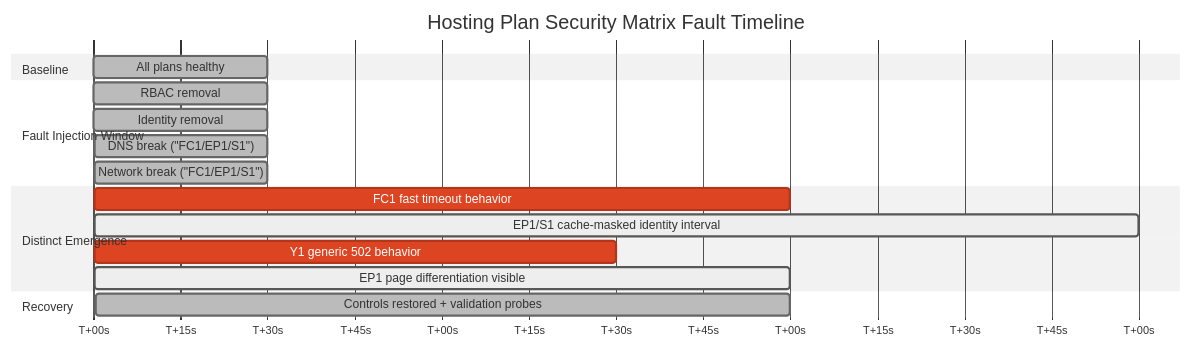
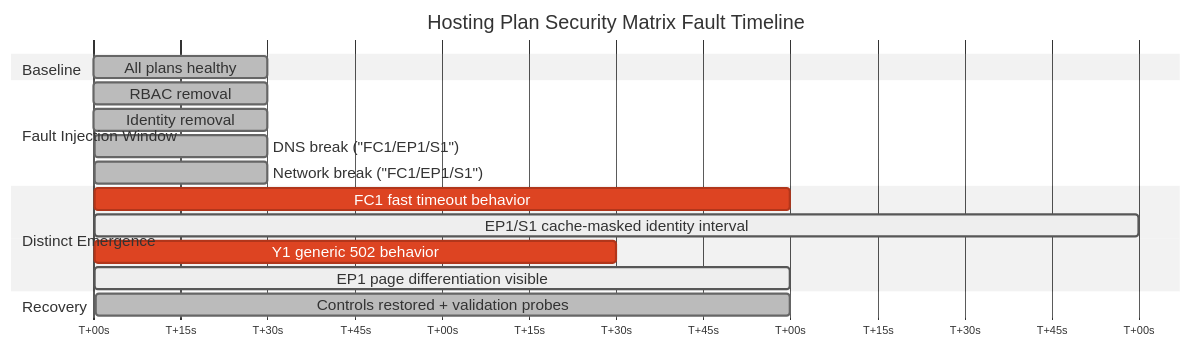
Before and after one commit to yeongseon/azure-functions-practical-guide: the third of 3 diagrams in docs/troubleshooting/lab-guides/hosting-plan-security-matrix.md, drawn with Mermaid (neutral theme). The commit also changed other lines of this file, not shown here.

First line of the commit message:
docs(diagrams): distinguish cross-plan security paths and evidence

````diff
--- a/docs/troubleshooting/lab-guides/hosting-plan-security-matrix.md
+++ b/docs/troubleshooting/lab-guides/hosting-plan-security-matrix.md
@@ -1314,24 +1355,27 @@
 ```mermaid
+%%{init: {'gantt': {'fontSize': 14, 'sectionFontSize': 14}}}%%
 gantt
+    accTitle: Hosting Plan Security Matrix Fault Timeline
+    accDescr: Existing page timeline with Baseline, Fault Injection Window, Distinct Emergence and Recovery sections. All original tasks and relative time values are retained; this migration does not establish run provenance or revalidate timing.
     title Hosting Plan Security Matrix Fault Timeline
     dateFormat  X
     axisFormat  T+%Ss
 
     section Baseline
     All plans healthy                                :done, b1, 0, 30
 
     section Fault Injection Window
     RBAC removal                                     :done, f1, 30, 30
     Identity removal                                 :done, f2, 90, 30
     DNS break ("FC1/EP1/S1")                           :done, f3, 150, 30
     Network break ("FC1/EP1/S1")                       :done, f4, 210, 30
 
     section Distinct Emergence
     FC1 fast timeout behavior                        :crit, e1, 120, 120
     EP1/S1 cache-masked identity interval            :active, e2, 120, 180
     Y1 generic 502 behavior                           :crit, e3, 150, 90
     EP1 page differentiation visible                 :active, e4, 180, 120
 
     section Recovery
     Controls restored + validation probes            :done, r1, 360, 120
 ```
````
